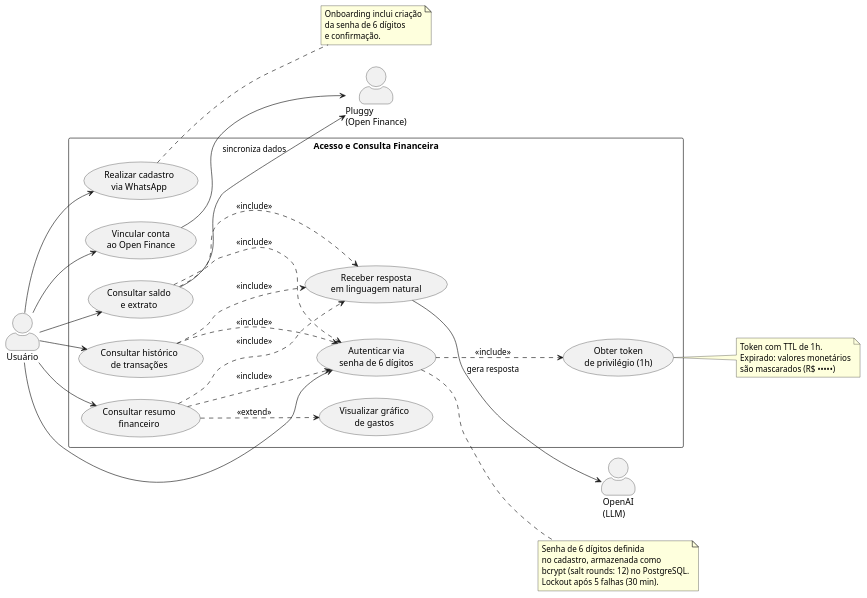
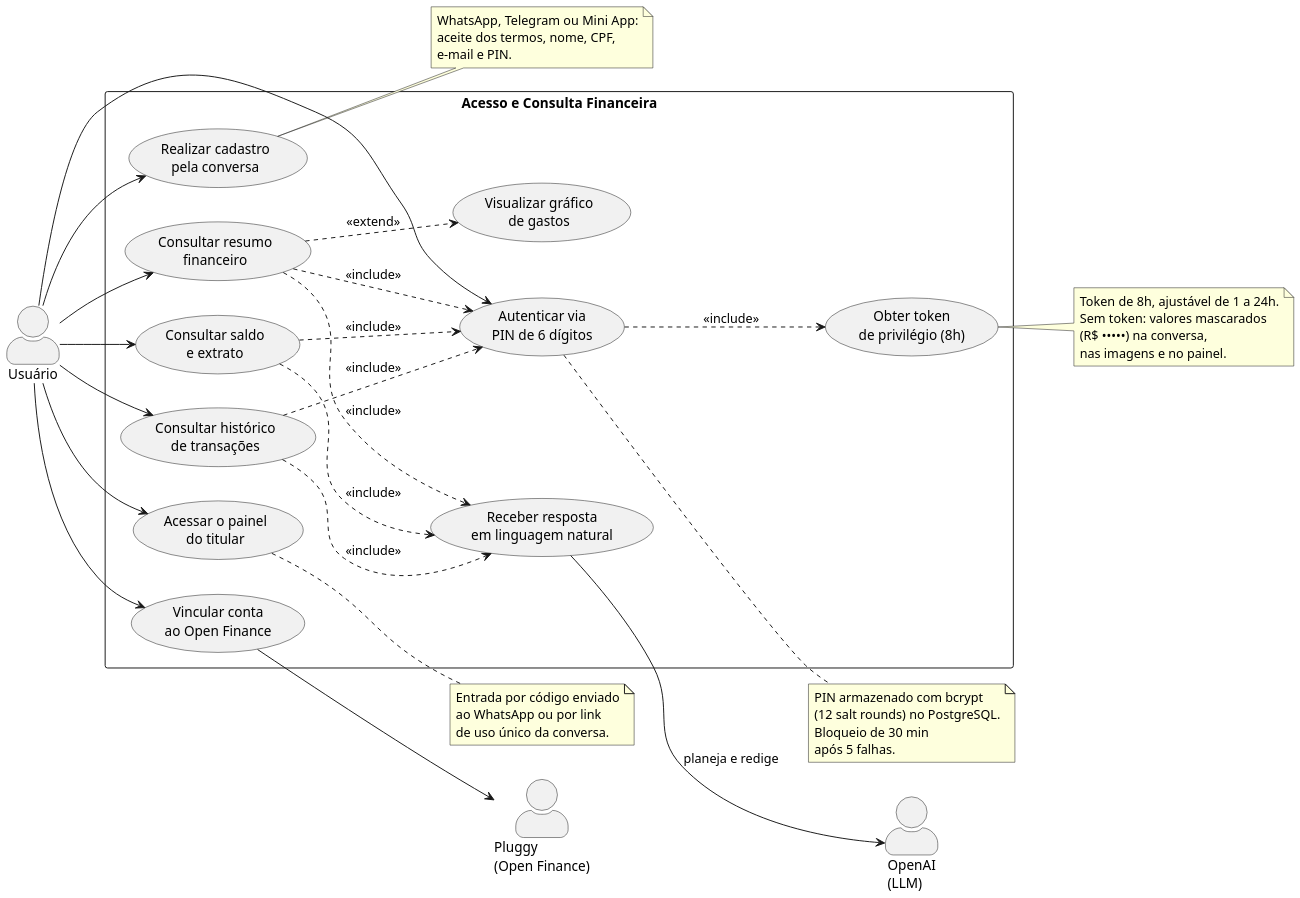
Before and after one commit to eigam-corp/thesis: the diagram in puml/uc01_acesso_financeiro.puml, drawn with PlantUML. The commit also changed 67 other files, not shown here.

```diff
--- a/puml/uc01_acesso_financeiro.puml
+++ b/puml/uc01_acesso_financeiro.puml
@@ -1,62 +1,73 @@
 @startuml UC01 - Acesso e Consulta Financeira
 left to right direction
 skinparam packageStyle rectangle
 skinparam actorStyle awesome
+skinparam defaultFontName Arial
+skinparam shadowing false
+skinparam dpi 150
 
 actor "Usuário" as U
 actor "Pluggy\n(Open Finance)" as PL
 actor "OpenAI\n(LLM)" as AI
 
 rectangle "Acesso e Consulta Financeira" {
-    usecase "Realizar cadastro\nvia WhatsApp" as UC01
+    usecase "Realizar cadastro\npela conversa" as UC01
     usecase "Vincular conta\nao Open Finance" as UC02
-    usecase "Autenticar via\nsenha de 6 dígitos" as UC03
+    usecase "Autenticar via\nPIN de 6 dígitos" as UC03
     usecase "Consultar saldo\ne extrato" as UC04
     usecase "Consultar histórico\nde transações" as UC05
     usecase "Consultar resumo\nfinanceiro" as UC06
     usecase "Receber resposta\nem linguagem natural" as UC07
     usecase "Visualizar gráfico\nde gastos" as UC08
-    usecase "Obter token\nde privilégio (1h)" as UC09
+    usecase "Obter token\nde privilégio (8h)" as UC09
+    usecase "Acessar o painel\ndo titular" as UC28
 }
 
 U --> UC01
 U --> UC02
 U --> UC03
 U --> UC04
 U --> UC05
 U --> UC06
+U --> UC28
 
 UC04 ..> UC03 : <<include>>
 UC05 ..> UC03 : <<include>>
 UC06 ..> UC03 : <<include>>
 
 UC04 ..> UC07 : <<include>>
 UC05 ..> UC07 : <<include>>
 UC06 ..> UC07 : <<include>>
 UC06 ..> UC08 : <<extend>>
 
 UC03 ..> UC09 : <<include>>
 
 UC02 --> PL
-UC04 --> PL : sincroniza dados
-UC07 --> AI : gera resposta
+UC07 --> AI : planeja e redige
 
 note right of UC09
-  Token com TTL de 1h.
-  Expirado: valores monetários
-  são mascarados (R$ •••••)
+  Token de 8h, ajustável de 1 a 24h.
+  Sem token: valores mascarados
+  (R$ •••••) na conversa,
+  nas imagens e no painel.
 end note
 
 note right of UC03
-  Senha de 6 dígitos definida
-  no cadastro, armazenada como
-  bcrypt (salt rounds: 12) no PostgreSQL.
-  Lockout após 5 falhas (30 min).
+  PIN armazenado com bcrypt
+  (12 salt rounds) no PostgreSQL.
+  Bloqueio de 30 min
+  após 5 falhas.
 end note
 
 note right of UC01
-  Onboarding inclui criação
-  da senha de 6 dígitos
-  e confirmação.
+  WhatsApp, Telegram ou Mini App:
+  aceite dos termos, nome, CPF,
+  e-mail e PIN.
+end note
+
+note right of UC28
+  Entrada por código enviado
+  ao WhatsApp ou por link
+  de uso único da conversa.
 end note
 @enduml
```
